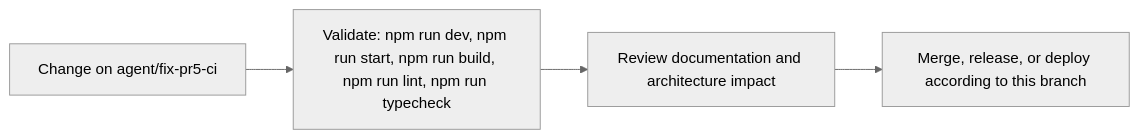
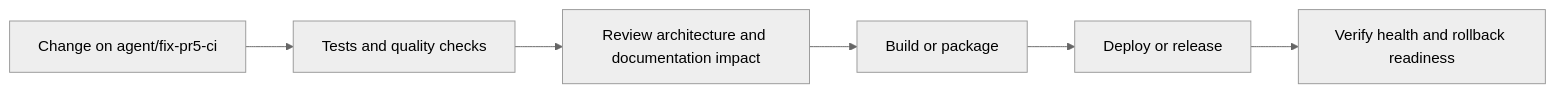
One commit to Nischhalsubba/blink-and-find changed the seventh of 8 diagrams in README.md. Above: the diagram before and after it, drawn with Mermaid (neutral theme). The commit also changed other lines of this file, not shown here.

````diff
--- a/README.md
+++ b/README.md
@@ -88,8 +216,8 @@
 ```mermaid
 flowchart LR
-    CHANGE["Change on agent/fix-pr5-ci"]
-    CHECK["Validate: npm run dev, npm run start, npm run build, npm run lint, npm run typecheck"]
-    REVIEW["Review documentation and architecture impact"]
-    RELEASE["Merge, release, or deploy according to this branch"]
-    CHANGE --> CHECK --> REVIEW --> RELEASE
+    CHANGE["Change on agent/fix-pr5-ci"] --> CHECK["Tests and quality checks"]
+    CHECK --> REVIEW["Review architecture and documentation impact"]
+    REVIEW --> BUILD["Build or package"]
+    BUILD --> DEPLOY["Deploy or release"]
+    DEPLOY --> VERIFY["Verify health and rollback readiness"]
 ```
````
